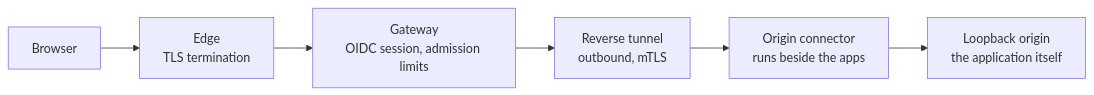
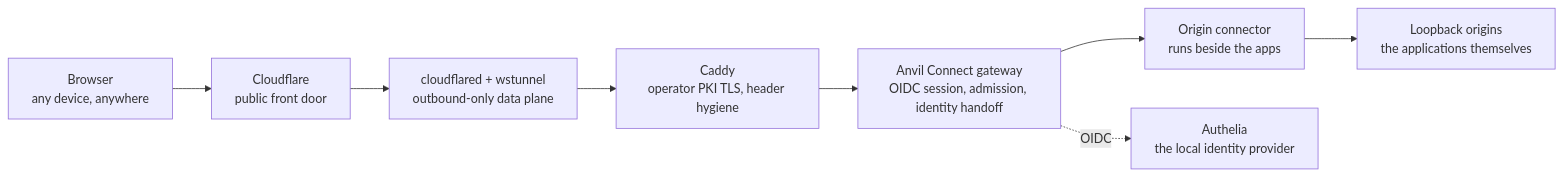
One commit to fakoli/anvil-serving changed the diagram in docs/CONNECT-OVERVIEW.md. Above: the diagram before and after it, drawn with Mermaid. The commit also changed other lines of this file and 7 other files, not shown here.

First line of the commit message:
Present Anvil Connect as a product family with a full feature page

````diff
--- a/docs/CONNECT-OVERVIEW.md
+++ b/docs/CONNECT-OVERVIEW.md
@@ -49,8 +60,10 @@
 ```mermaid
 flowchart LR
-    B["Browser"] --> E["Edge<br/>TLS termination"]
-    E --> G["Gateway<br/>OIDC session, admission limits"]
-    G --> T["Reverse tunnel<br/>outbound, mTLS"]
-    T --> C["Origin connector<br/>runs beside the apps"]
-    C --> O["Loopback origin<br/>the application itself"]
+    B["Browser<br/>any device, anywhere"] --> CF["Cloudflare<br/>public front door"]
+    CF --> T["cloudflared + wstunnel<br/>outbound-only data plane"]
+    T --> CA["Caddy<br/>operator PKI TLS, header hygiene"]
+    CA --> G["Anvil Connect gateway<br/>OIDC session, admission, identity handoff"]
+    G --> C["Origin connector<br/>runs beside the apps"]
+    C --> O["Loopback origins<br/>the applications themselves"]
+    G -.->|OIDC| A["Authelia<br/>the local identity provider"]
 ```
````
